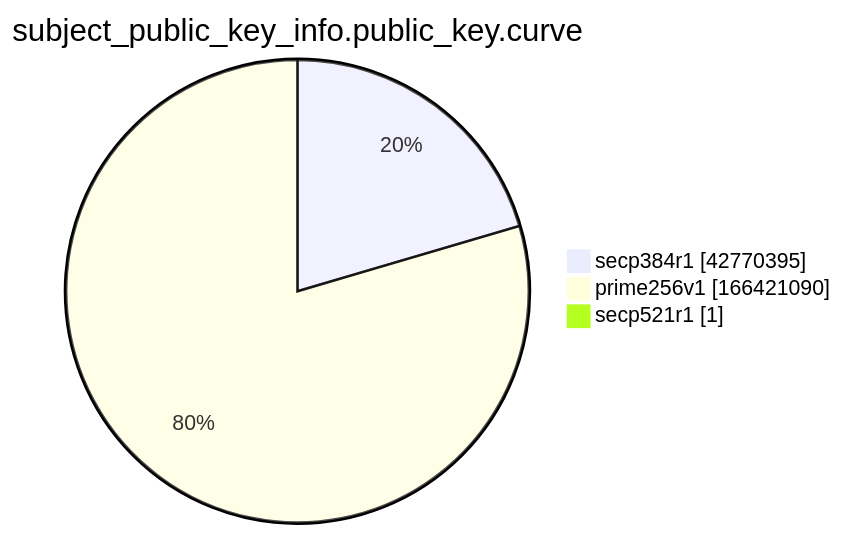
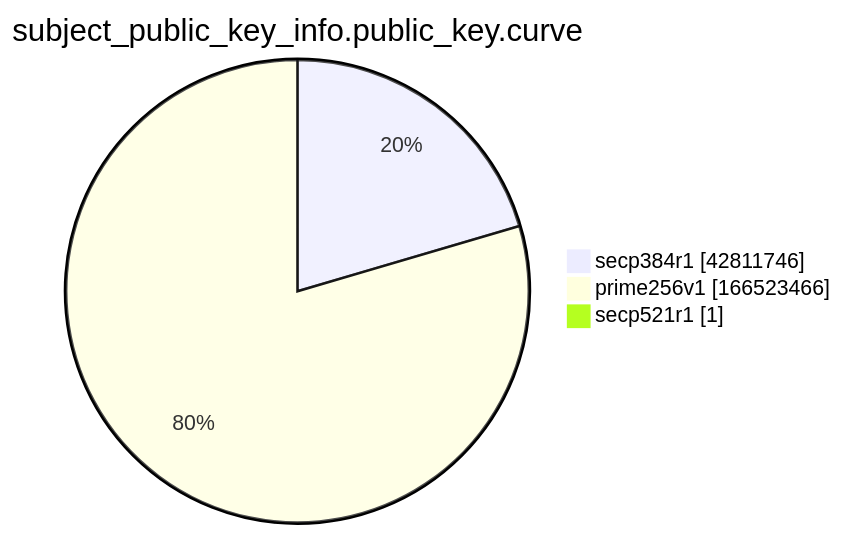
Before and after one commit to christiankrug/ctmonitor_visualization: the ninth of 15 diagrams in xenon2022/README.md, drawn with Mermaid. The commit also changed other lines of this file, not shown here.

````diff
--- a/xenon2022/README.md
+++ b/xenon2022/README.md
@@ -2869,7 +2869,7 @@
 ```mermaid
 pie showData
 title subject_public_key_info.public_key.curve
-"secp384r1" :42770395
-"prime256v1" :166421090
+"secp384r1" :42811746
+"prime256v1" :166523466
 "secp521r1" :1
 ```
````
